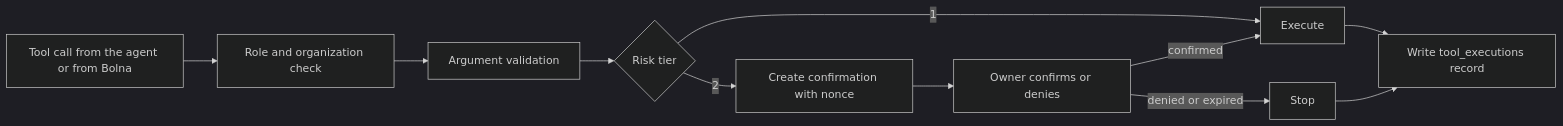
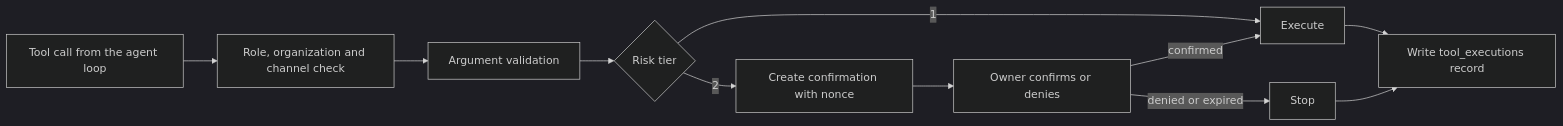
One commit to shreya-mishra325/svaar changed the second of 4 diagrams in plans/PLAN.md. Above: the diagram before and after it, drawn with Mermaid (dark theme). The commit also changed other lines of this file, not shown here.

````diff
--- a/plans/PLAN.md
+++ b/plans/PLAN.md
@@ -113,13 +129,13 @@
 ```mermaid
 flowchart LR
-    Request["Tool call from the agent or from Bolna"] --> Authz["Role and organization check"]
+    Request["Tool call from the agent loop"] --> Authz["Role, organization and channel check"]
     Authz --> Valid["Argument validation"]
     Valid --> Tier{"Risk tier"}
     Tier -- "1" --> Run["Execute"]
     Tier -- "2" --> Confirm["Create confirmation with nonce"]
     Confirm --> Decide["Owner confirms or denies"]
     Decide -- "confirmed" --> Run
     Decide -- "denied or expired" --> Stop["Stop"]
     Run --> Record["Write tool_executions record"]
     Stop --> Record
 ```
````
